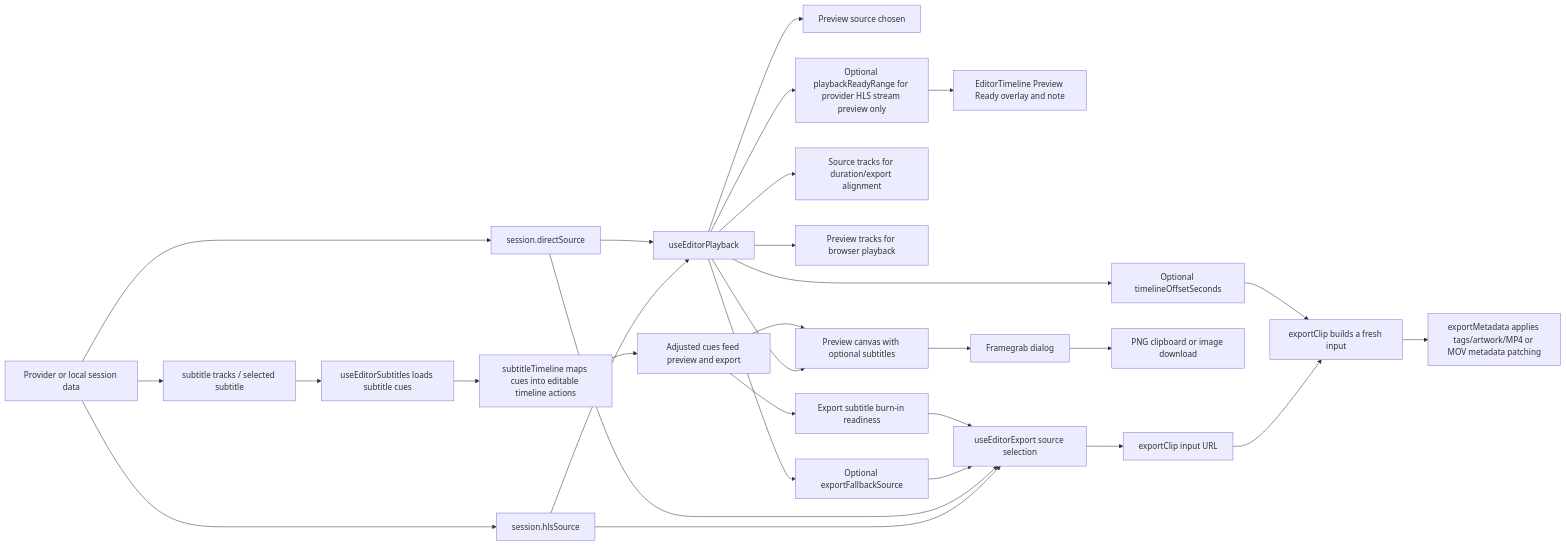
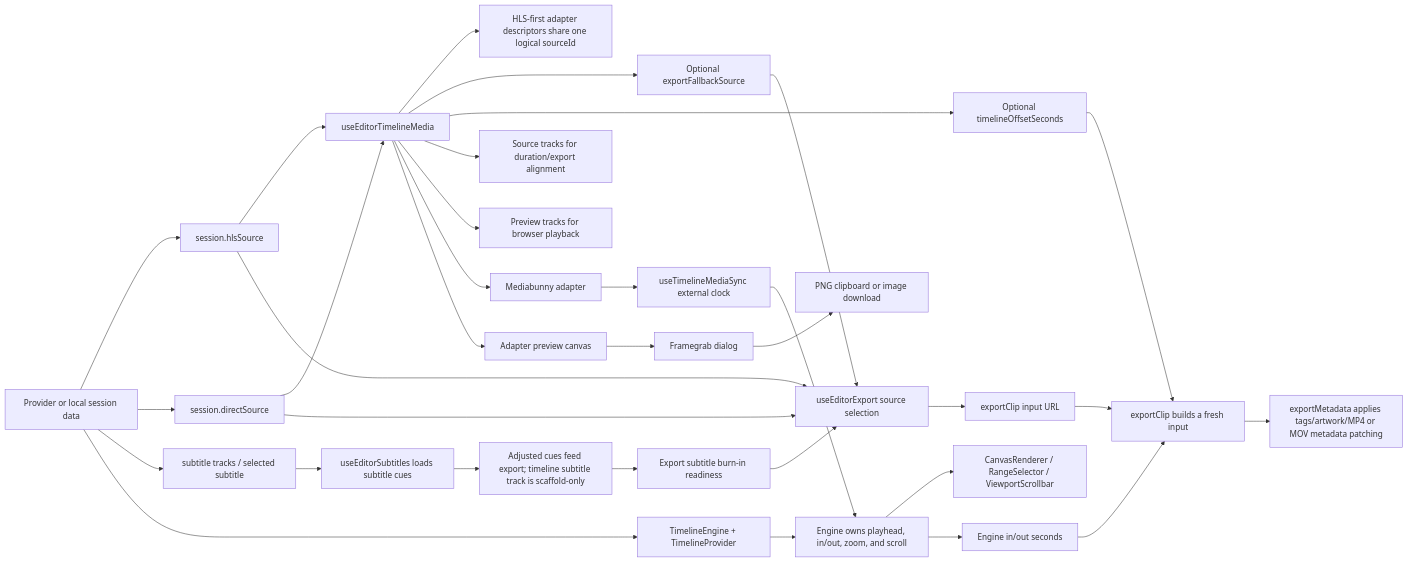
One commit to TechSquidTV/Cliparr changed diagram 13 of 13 in .github/docs/diagrams.md. Above: the diagram before and after it, drawn with Mermaid. The commit also changed other lines of this file and 43 other files, not shown here.

Commit message:
feat(frontend)!: replace editor timeline engine

````diff
--- a/.github/docs/diagrams.md
+++ b/.github/docs/diagrams.md
@@ -374,31 +345,35 @@
 ```mermaid
 flowchart LR
     A["Provider or local session data"] --> B["session.hlsSource"]
     A --> C["session.directSource"]
     A --> S["subtitle tracks / selected subtitle"]
-    B --> D["useEditorPlayback"]
+    A --> T0["TimelineEngine + TimelineProvider"]
+    T0 --> T1["Engine owns playhead, in/out, zoom, and scroll"]
+    B --> D["useEditorTimelineMedia"]
     C --> D
-    D --> E["Preview source chosen"]
+    D --> E["HLS-first adapter descriptors share one logical sourceId"]
     D --> F["Optional exportFallbackSource"]
     D --> I["Optional timelineOffsetSeconds"]
     D --> J["Source tracks for duration/export alignment"]
     D --> K["Preview tracks for browser playback"]
-    D --> L["Optional playbackReadyRange for provider HLS stream preview only"]
-    L --> M["EditorTimeline Preview Ready overlay and note"]
-    D --> P["Preview canvas with optional subtitles"]
+    D --> L["Mediabunny adapter"]
+    L --> M["useTimelineMediaSync external clock"]
+    M --> T1
+    T1 --> TS["CanvasRenderer / RangeSelector / ViewportScrollbar"]
+    D --> P["Adapter preview canvas"]
     P --> Q["Framegrab dialog"]
     Q --> R["PNG clipboard or image download"]
     S --> T["useEditorSubtitles loads subtitle cues"]
-    T --> T1["subtitleTimeline maps cues into editable timeline actions"]
-    T1 --> T2["Adjusted cues feed preview and export"]
-    T2 --> P
+    T --> T2["Adjusted cues feed export; timeline subtitle track is scaffold-only"]
     T2 --> U["Export subtitle burn-in readiness"]
     B --> G["useEditorExport source selection"]
     C --> G
     F --> G
     U --> G
     G --> H["exportClip input URL"]
     H --> N["exportClip builds a fresh input"]
+    T1 --> X["Engine in/out seconds"]
+    X --> N
     I --> N
     N --> O["exportMetadata applies tags/artwork/MP4 or MOV metadata patching"]
 ```
````
